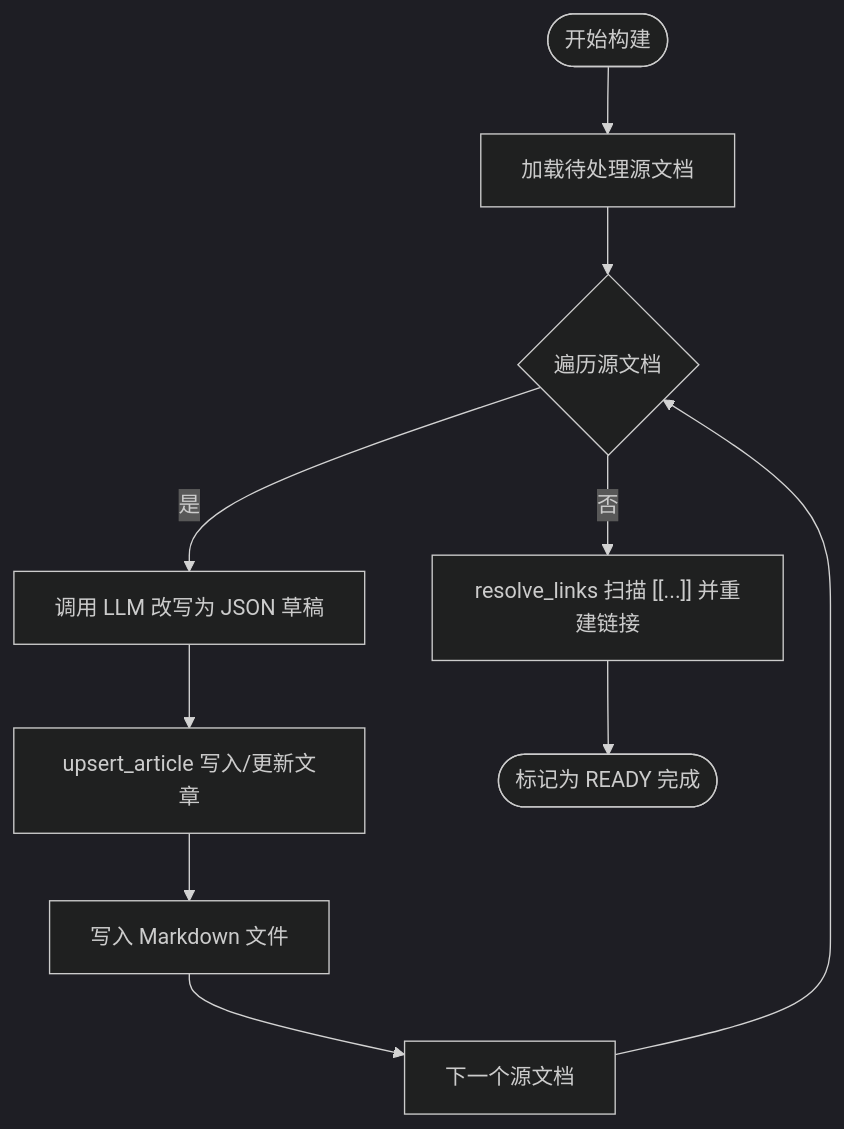
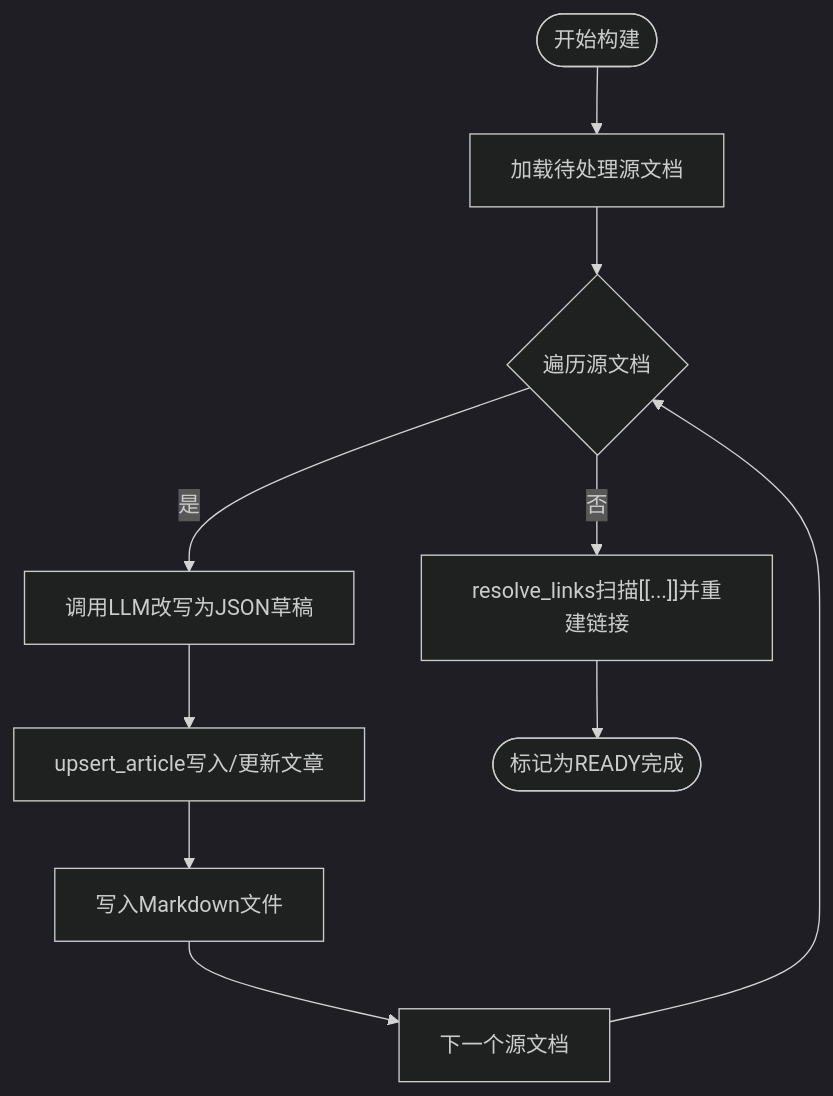
Before and after one commit to beyondalbert/my_wiki: the fourth of 7 diagrams in .qoder/repowiki/zh/content/核心模块/AI知识库模块/AI知识库模块.md, drawn with Mermaid (dark theme). The commit also changed other lines of this file and 10 other files, not shown here.

````diff
--- a/.qoder/repowiki/zh/content/核心模块/AI知识库模块/AI知识库模块.md
+++ b/.qoder/repowiki/zh/content/核心模块/AI知识库模块/AI知识库模块.md
@@ -184,12 +213,12 @@
 ```mermaid
 flowchart TD
 Start(["开始构建"]) --> LoadSrc["加载待处理源文档"]
 LoadSrc --> ForEach{"遍历源文档"}
-ForEach --> |是| CallLLM["调用 LLM 改写为 JSON 草稿"]
-CallLLM --> Upsert["upsert_article 写入/更新文章"]
-Upsert --> WriteFile["写入 Markdown 文件"]
+ForEach --> |是| CallLLM["调用LLM改写为JSON草稿"]
+CallLLM --> Upsert["upsert_article写入/更新文章"]
+Upsert --> WriteFile["写入Markdown文件"]
 WriteFile --> NextSrc["下一个源文档"]
 NextSrc --> ForEach
-ForEach --> |否| Resolve["resolve_links 扫描 [[...]] 并重建链接"]
-Resolve --> Done(["标记为 READY 完成"])
+ForEach --> |否| Resolve["resolve_links扫描[[...]]并重建链接"]
+Resolve --> Done(["标记为READY完成"])
 ```
````
